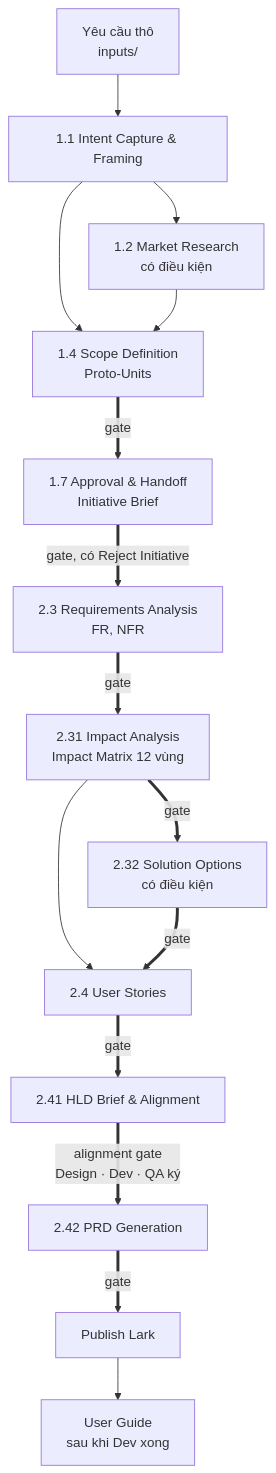
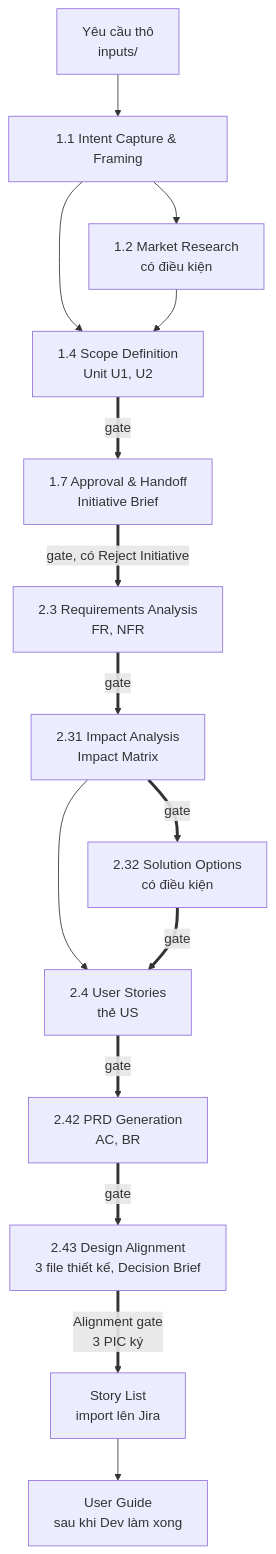
The first of 2 diagrams in README.md (sonhero981/upbase-specs-test), drawn with Mermaid before and after one commit. The commit also changed other lines of this file and 624 other files, not shown here.

````diff
--- a/README.md
+++ b/README.md
@@ -28,17 +161,17 @@
 ```mermaid
 flowchart TD
     IN["Yêu cầu thô<br/>inputs/"] --> S11["1.1 Intent Capture & Framing"]
     S11 --> S12["1.2 Market Research<br/>có điều kiện"]
-    S11 --> S14["1.4 Scope Definition<br/>Proto-Units"]
+    S11 --> S14["1.4 Scope Definition<br/>Unit U1, U2"]
     S12 --> S14
     S14 ==>|"gate"| S17["1.7 Approval & Handoff<br/>Initiative Brief"]
     S17 ==>|"gate, có Reject Initiative"| S23["2.3 Requirements Analysis<br/>FR, NFR"]
-    S23 ==>|"gate"| S231["2.31 Impact Analysis<br/>Impact Matrix 12 vùng"]
+    S23 ==>|"gate"| S231["2.31 Impact Analysis<br/>Impact Matrix"]
     S231 ==>|"gate"| S232["2.32 Solution Options<br/>có điều kiện"]
     S231 --> S24
-    S232 ==>|"gate"| S24["2.4 User Stories"]
-    S24 ==>|"gate"| S241["2.41 HLD Brief & Alignment"]
-    S241 ==>|"alignment gate<br/>Design · Dev · QA ký"| S242["2.42 PRD Generation"]
-    S242 ==>|"gate"| PUB["Publish Lark"]
-    PUB --> UG["User Guide<br/>sau khi Dev xong"]
+    S232 ==>|"gate"| S24["2.4 User Stories<br/>thẻ US"]
+    S24 ==>|"gate"| S242["2.42 PRD Generation<br/>AC, BR"]
+    S242 ==>|"gate"| S243["2.43 Design Alignment<br/>3 file thiết kế, Decision Brief"]
+    S243 ==>|"Alignment gate<br/>3 PIC ký"| ST["Story List<br/>import lên Jira"]
+    ST --> UG["User Guide<br/>sau khi Dev làm xong"]
 ```
````
